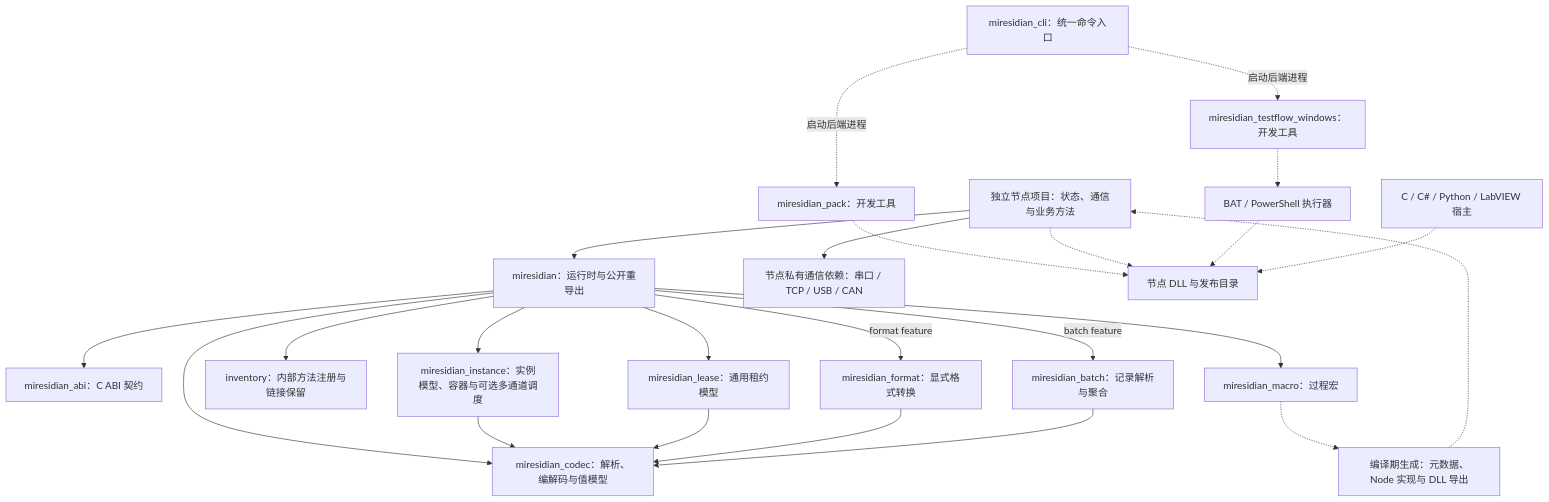
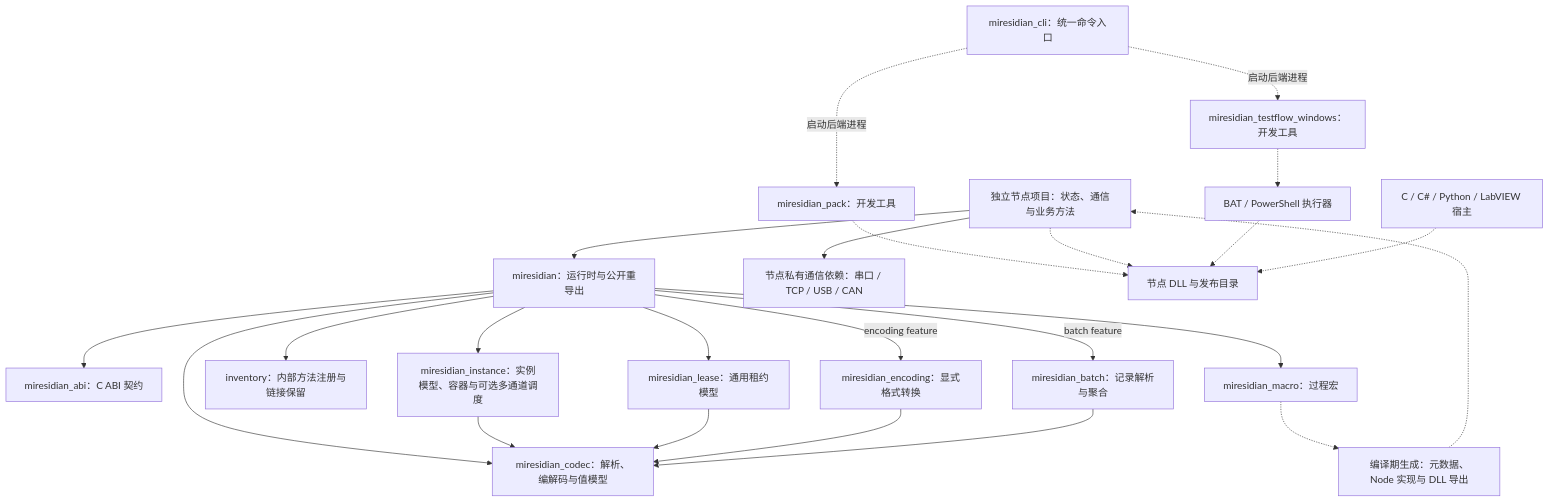
Before and after one commit to MyMires/miresidian: the first of 3 diagrams in docs/architecture.md, drawn with Mermaid. The commit also changed other lines of this file and 85 other files, not shown here.

````diff
--- a/docs/architecture.md
+++ b/docs/architecture.md
@@ -13,26 +13,26 @@
 ```mermaid
 flowchart TB
     node["独立节点项目：状态、通信与业务方法"] --> runtime["miresidian：运行时与公开重导出"]
     node --> transport["节点私有通信依赖：串口 / TCP / USB / CAN"]
     runtime --> abi["miresidian_abi：C ABI 契约"]
     runtime --> codec["miresidian_codec：解析、编解码与值模型"]
     runtime --> macros["miresidian_macro：过程宏"]
     runtime --> registry["inventory：内部方法注册与链接保留"]
     runtime --> instance["miresidian_instance：实例模型、容器与可选多通道调度"]
     instance --> codec
     runtime --> lease["miresidian_lease：通用租约模型"]
     lease --> codec
-    runtime -->|format feature| format["miresidian_format：显式格式转换"]
-    format --> codec
+    runtime -->|encoding feature| encoding["miresidian_encoding：显式格式转换"]
+    encoding --> codec
     runtime -->|batch feature| batch["miresidian_batch：记录解析与聚合"]
     batch --> codec
     macros -.-> generated["编译期生成：元数据、Node 实现与 DLL 导出"]
     generated -.-> node
     pack["miresidian_pack：开发工具"] -.-> dll["节点 DLL 与发布目录"]
     node -.-> dll
     testflow["miresidian_testflow_windows：开发工具"] -.-> bat["BAT / PowerShell 执行器"]
     cli["miresidian_cli：统一命令入口"] -.->|启动后端进程| pack
     cli -.->|启动后端进程| testflow
     bat -.-> dll
     host["C / C# / Python / LabVIEW 宿主"] -.-> dll
 ```
````
